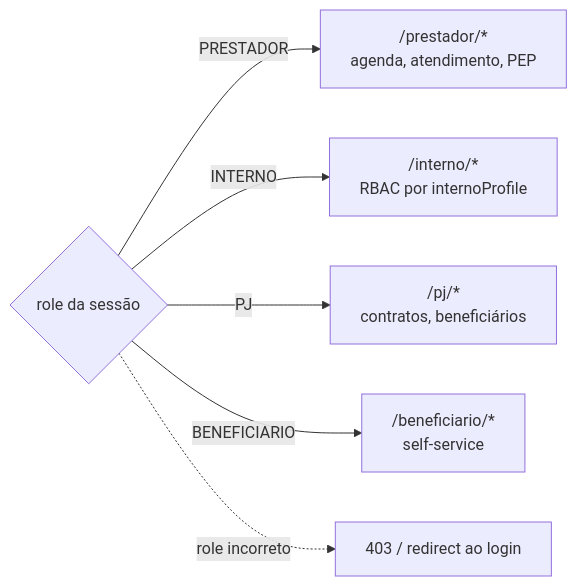
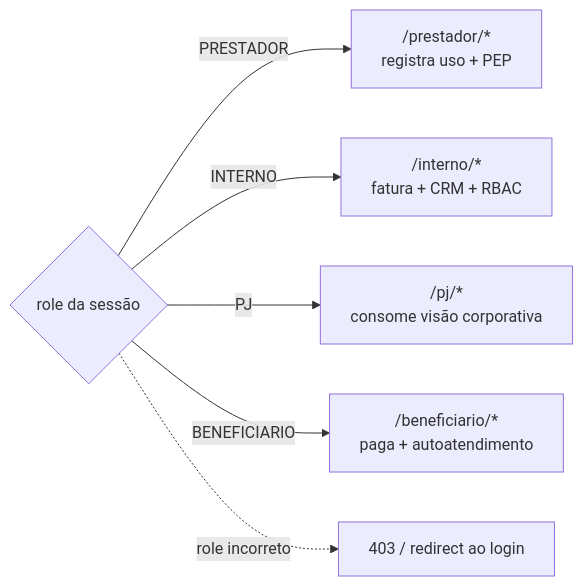
The fifth of 13 diagrams in docs/ARQUITETURA.md (Piulres/sistema-bibi), drawn with Mermaid before and after one commit. The commit also changed other lines of this file and 5 other files, not shown here.

````diff
--- a/docs/ARQUITETURA.md
+++ b/docs/ARQUITETURA.md
@@ -262,9 +313,9 @@
 ```mermaid
 flowchart LR
   R{role da sessão}
-  R -->|PRESTADOR| A["/prestador/*<br/>agenda, atendimento, PEP"]
-  R -->|INTERNO| B["/interno/*<br/>RBAC por internoProfile"]
-  R -->|PJ| C["/pj/*<br/>contratos, beneficiários"]
-  R -->|BENEFICIARIO| E["/beneficiario/*<br/>self-service"]
+  R -->|PRESTADOR| A["/prestador/*<br/>registra uso + PEP"]
+  R -->|INTERNO| B["/interno/*<br/>fatura + CRM + RBAC"]
+  R -->|PJ| C["/pj/*<br/>consome visão corporativa"]
+  R -->|BENEFICIARIO| E["/beneficiario/*<br/>paga + autoatendimento"]
   R -.->|role incorreto| D["403 / redirect ao login"]
 ```
````
